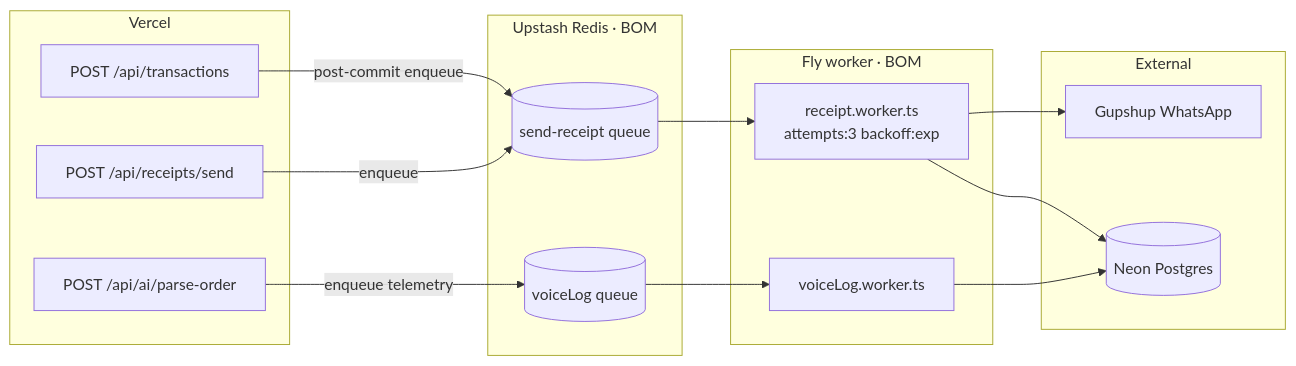
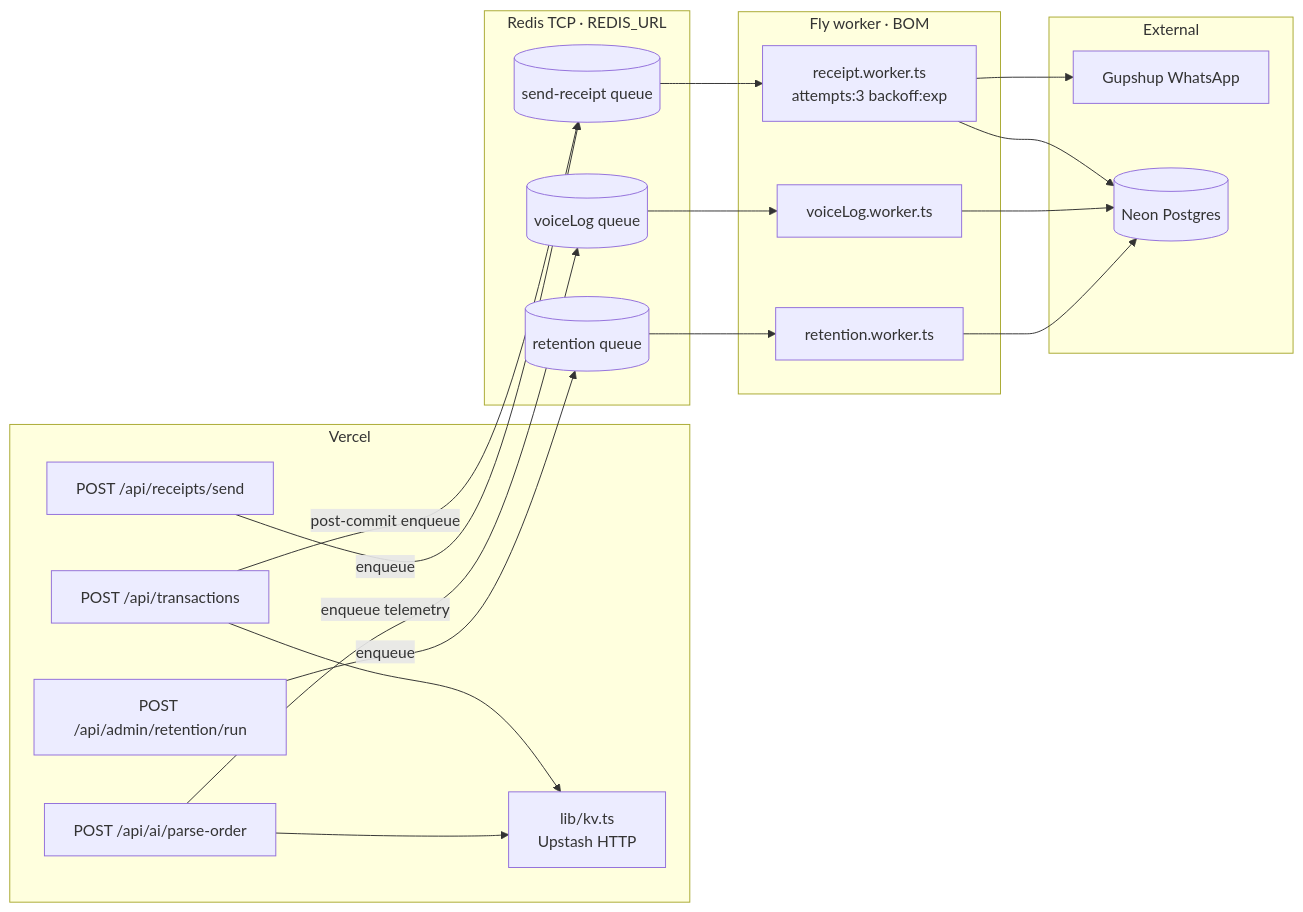
Before and after one commit to gengirish/awaazos: the sixth of 7 diagrams in ARCHITECTURE.md, drawn with Mermaid. The commit also changed other lines of this file and 10 other files, not shown here.

First line of the commit message:
docs: Upstash/Vercel Redis split, deploy steps, live demo guide

````diff
--- a/ARCHITECTURE.md
+++ b/ARCHITECTURE.md
@@ -389,29 +392,38 @@
 ```mermaid
 flowchart LR
     subgraph Vercel
         TxAPI[POST /api/transactions]
         ParseAPI[POST /api/ai/parse-order]
         ReceiptAPI[POST /api/receipts/send]
+        AdminRet[POST /api/admin/retention/run]
+        KvV[lib/kv.ts<br/>Upstash HTTP]
     end
-    subgraph Redis[Upstash Redis · BOM]
+    subgraph RedisTCP[Redis TCP · REDIS_URL]
         QSendReceipt[(send-receipt queue)]
         QVoiceLog[(voiceLog queue)]
+        QRetention[(retention queue)]
     end
     subgraph Fly[Fly worker · BOM]
         WorkerSend[receipt.worker.ts<br/>attempts:3 backoff:exp]
         WorkerLog[voiceLog.worker.ts]
+        WorkerRet[retention.worker.ts]
     end
     subgraph External
         Gup[Gupshup WhatsApp]
         DB[(Neon Postgres)]
     end
 
+    TxAPI --> KvV
+    ParseAPI --> KvV
+    AdminRet -->|enqueue| QRetention
     TxAPI -->|post-commit enqueue| QSendReceipt
     ReceiptAPI -->|enqueue| QSendReceipt
     ParseAPI -->|enqueue telemetry| QVoiceLog
     QSendReceipt --> WorkerSend
     QVoiceLog --> WorkerLog
+    QRetention --> WorkerRet
     WorkerSend --> Gup
     WorkerSend --> DB
     WorkerLog --> DB
+    WorkerRet --> DB
 ```
````
